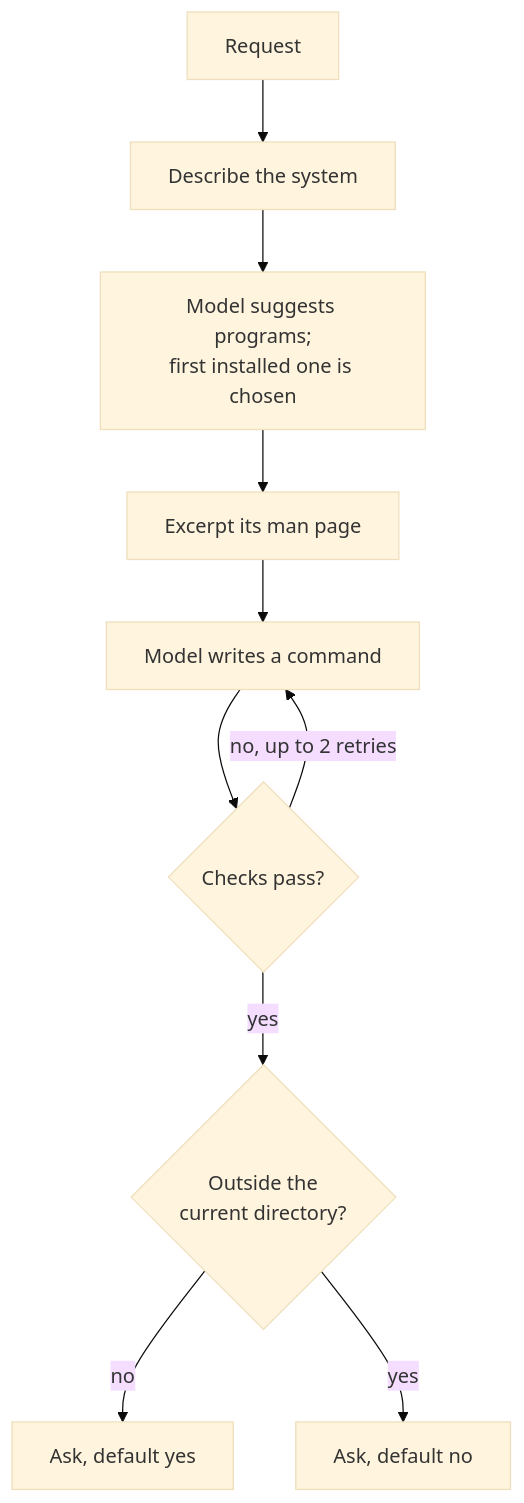
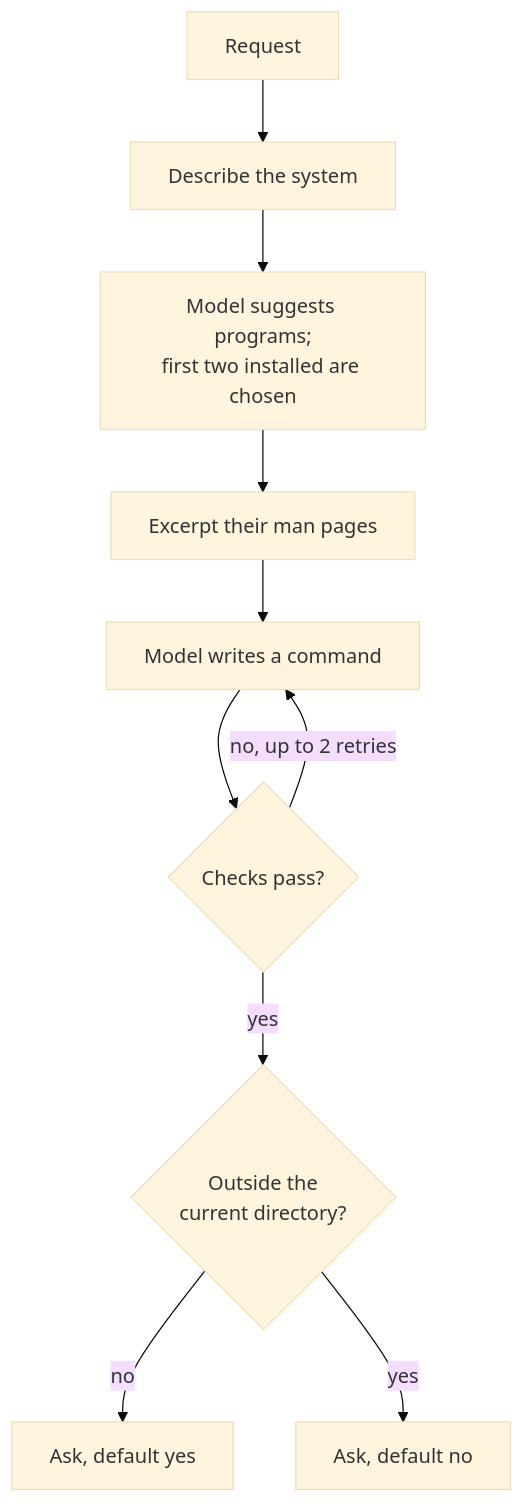
The diagram in docs/explanation/how-it-works.md (thetaplex/thetaterm), drawn with Mermaid (base theme) before and after one commit. The commit also changed other lines of this file and 7 other files, not shown here.

First line of the commit message:
Put two programs' man pages in a tagged prompt

````diff
--- a/docs/explanation/how-it-works.md
+++ b/docs/explanation/how-it-works.md
@@ -12,12 +12,12 @@
 ```mermaid
 flowchart TD
     R[Request] --> S[Describe the system]
-    S --> C[Model suggests programs;<br>first installed one is chosen]
-    C --> M[Excerpt its man page]
+    S --> C[Model suggests programs;<br>first two installed are chosen]
+    C --> M[Excerpt their man pages]
     M --> W[Model writes a command]
     W --> K{Checks pass?}
     K -- no, up to 2 retries --> W
     K -- yes --> O{Outside the<br>current directory?}
     O -- no --> Y[Ask, default yes]
     O -- yes --> N[Ask, default no]
 ```
````
